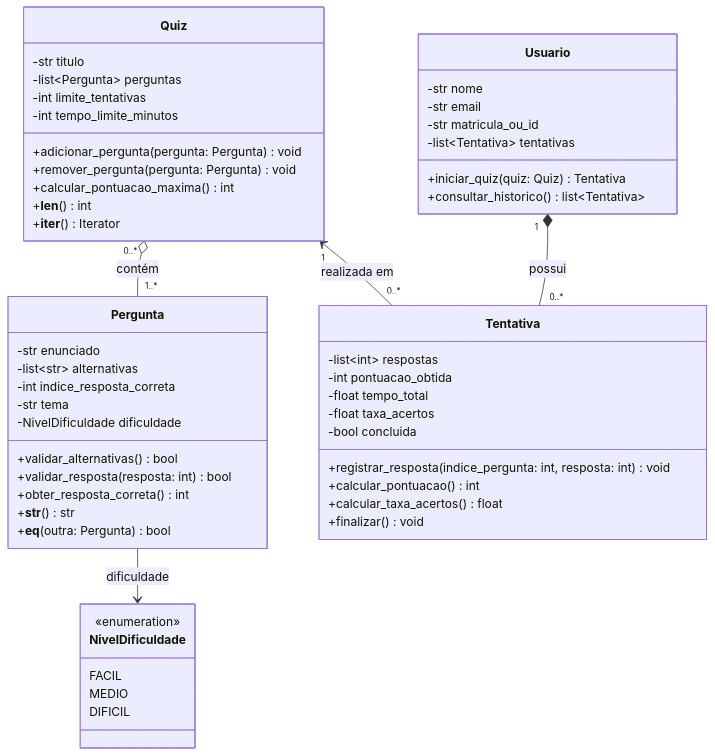
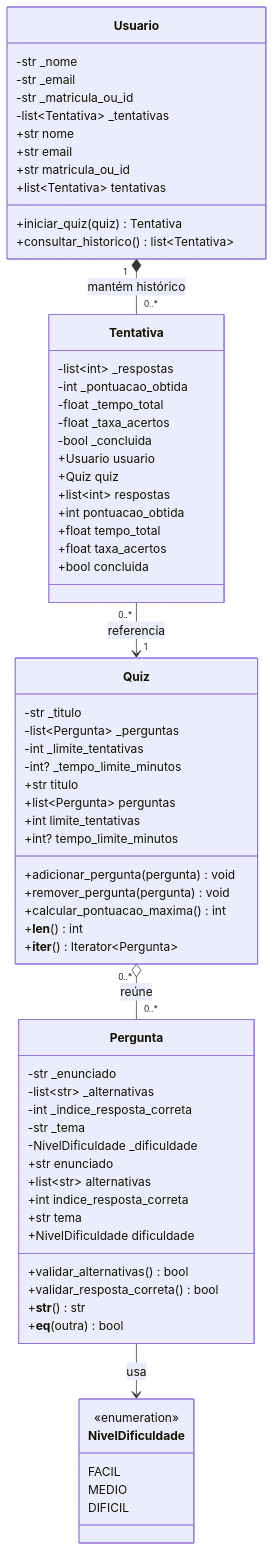
Before and after one commit to felipesouj/sistema-quiz-educacional: the diagram in docs/uml.md, drawn with Mermaid. The commit also changed other lines of this file and 5 other files, not shown here.

````diff
--- a/docs/uml.md
+++ b/docs/uml.md
@@ -49,76 +33,75 @@
 ```mermaid
 classDiagram
-
-    %% =========================
-    %% CLASSES DO DOMÍNIO
-    %% =========================
-
     class Usuario {
-        -str nome
-        -str email
-        -str matricula_ou_id
-        -list~Tentativa~ tentativas
-
-        +iniciar_quiz(quiz: Quiz) Tentativa
+        -str _nome
+        -str _email
+        -str _matricula_ou_id
+        -list~Tentativa~ _tentativas
+        +str nome
+        +str email
+        +str matricula_ou_id
+        +list~Tentativa~ tentativas
+        +iniciar_quiz(quiz) Tentativa
         +consultar_historico() list~Tentativa~
     }
 
     class Quiz {
-        -str titulo
-        -list~Pergunta~ perguntas
-        -int limite_tentativas
-        -int tempo_limite_minutos
-
-        +adicionar_pergunta(pergunta: Pergunta) void
-        +remover_pergunta(pergunta: Pergunta) void
+        -str _titulo
+        -list~Pergunta~ _perguntas
+        -int _limite_tentativas
+        -int? _tempo_limite_minutos
+        +str titulo
+        +list~Pergunta~ perguntas
+        +int limite_tentativas
+        +int? tempo_limite_minutos
+        +adicionar_pergunta(pergunta) void
+        +remover_pergunta(pergunta) void
         +calcular_pontuacao_maxima() int
         +__len__() int
-        +__iter__() Iterator
+        +__iter__() Iterator~Pergunta~
     }
 
     class Pergunta {
-        -str enunciado
-        -list~str~ alternativas
-        -int indice_resposta_correta
-        -str tema
-        -NivelDificuldade dificuldade
-
+        -str _enunciado
+        -list~str~ _alternativas
+        -int _indice_resposta_correta
+        -str _tema
+        -NivelDificuldade _dificuldade
+        +str enunciado
+        +list~str~ alternativas
+        +int indice_resposta_correta
+        +str tema
+        +NivelDificuldade dificuldade
         +validar_alternativas() bool
-        +validar_resposta(resposta: int) bool
-        +obter_resposta_correta() int
+        +validar_resposta_correta() bool
         +__str__() str
-        +__eq__(outra: Pergunta) bool
+        +__eq__(outra) bool
     }
 
     class Tentativa {
-        -list~int~ respostas
-        -int pontuacao_obtida
-        -float tempo_total
-        -float taxa_acertos
-        -bool concluida
-
-        +registrar_resposta(indice_pergunta: int, resposta: int) void
-        +calcular_pontuacao() int
-        +calcular_taxa_acertos() float
-        +finalizar() void
+        -list~int~ _respostas
+        -int _pontuacao_obtida
+        -float _tempo_total
+        -float _taxa_acertos
+        -bool _concluida
+        +Usuario usuario
+        +Quiz quiz
+        +list~int~ respostas
+        +int pontuacao_obtida
+        +float tempo_total
+        +float taxa_acertos
+        +bool concluida
     }
 
     class NivelDificuldade {
         <<enumeration>>
         FACIL
         MEDIO
         DIFICIL
     }
 
-    %% =========================
-    %% RELACIONAMENTOS
-    %% =========================
-
-    Usuario "1" *-- "0..*" Tentativa : possui
-
-    Quiz "0..*" o-- "1..*" Pergunta : contém
-
-    Quiz "1" <-- "0..*" Tentativa : realizada em
-
-    Pergunta --> NivelDificuldade : dificuldade
+    Quiz "0..*" o-- "0..*" Pergunta : reúne
+    Usuario "1" *-- "0..*" Tentativa : mantém histórico
+    Tentativa "0..*" --> "1" Quiz : referencia
+    Pergunta --> NivelDificuldade : usa
 ```
````
